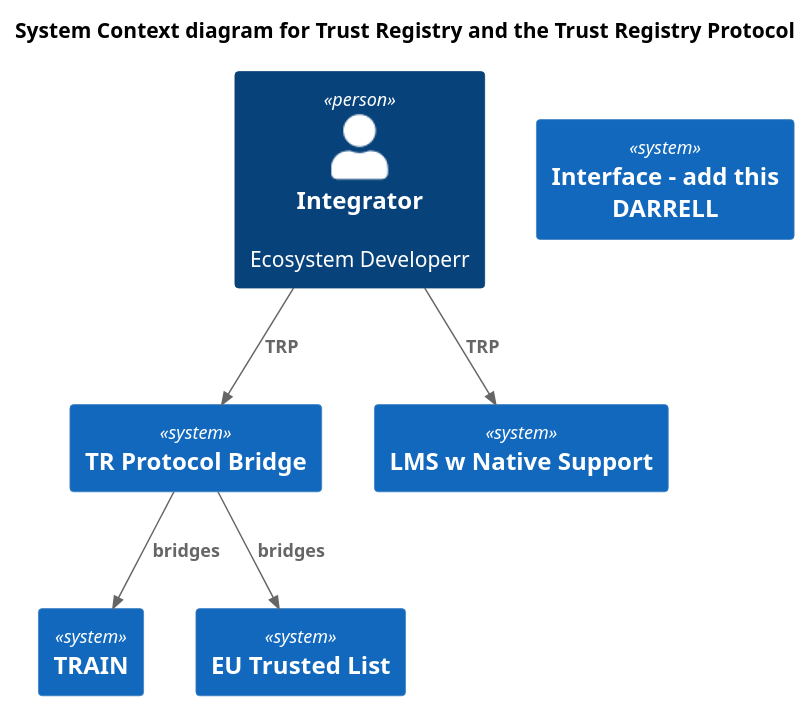
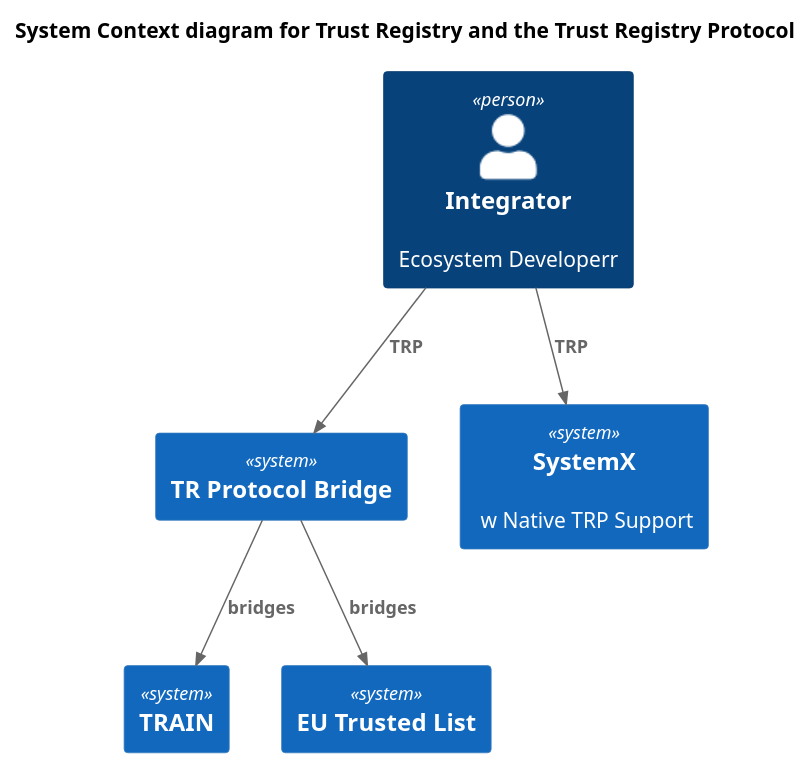
The diagram in v2/logical/protocol-bridging.plantuml (trustoverip/tswg-trust-registry-tf), drawn with PlantUML before and after one commit.

Commit message:
good enough

```diff
--- a/v2/logical/protocol-bridging.plantuml
+++ b/v2/logical/protocol-bridging.plantuml
@@ -1,25 +1,24 @@
 @startuml
 !include https://raw.githubusercontent.com/plantuml-stdlib/C4-PlantUML/master/C4_Context.puml
 ' uncomment the following line and comment the first to use locally
 ' !include C4_Context.puml
 
 
 title System Context diagram for Trust Registry and the Trust Registry Protocol
 
 Person(Integrator, "Integrator", "Ecosystem Developerr")
 
 System(Bridge, "TR Protocol Bridge")
 System(TRAIN, "TRAIN")
 System(EUTrustedList, "EU Trusted List")
-System(NativeSupport, "LMS w Native Support")
+System(NativeSupport, "SystemX"," w Native TRP Support")
 
 Rel(Integrator, Bridge, "TRP")
 Rel(Bridge, TRAIN,"bridges")
 Rel(Bridge, EUTrustedList, "bridges")
 
 Rel(Integrator, NativeSupport,"TRP")
 
-System(nterface,"Interface - add this DARRELL")
 
 
 @enduml 
```
